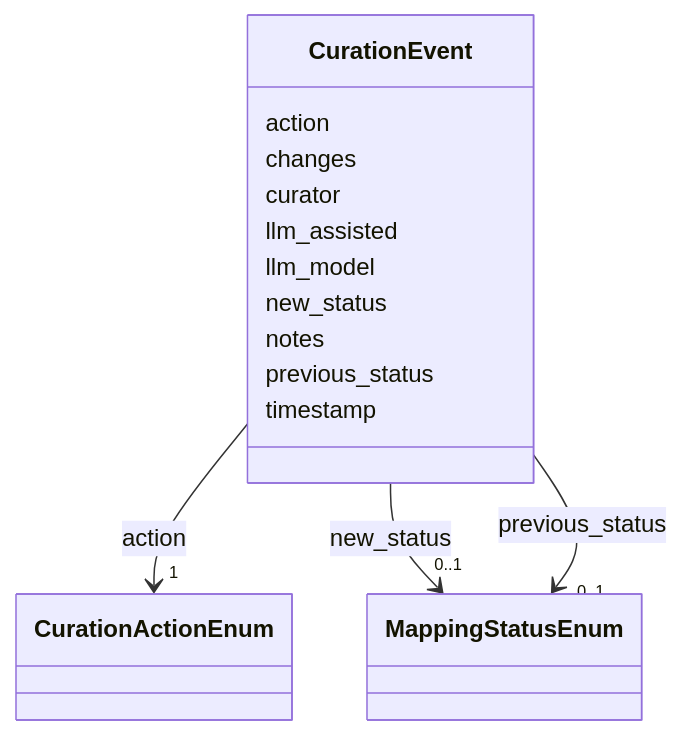
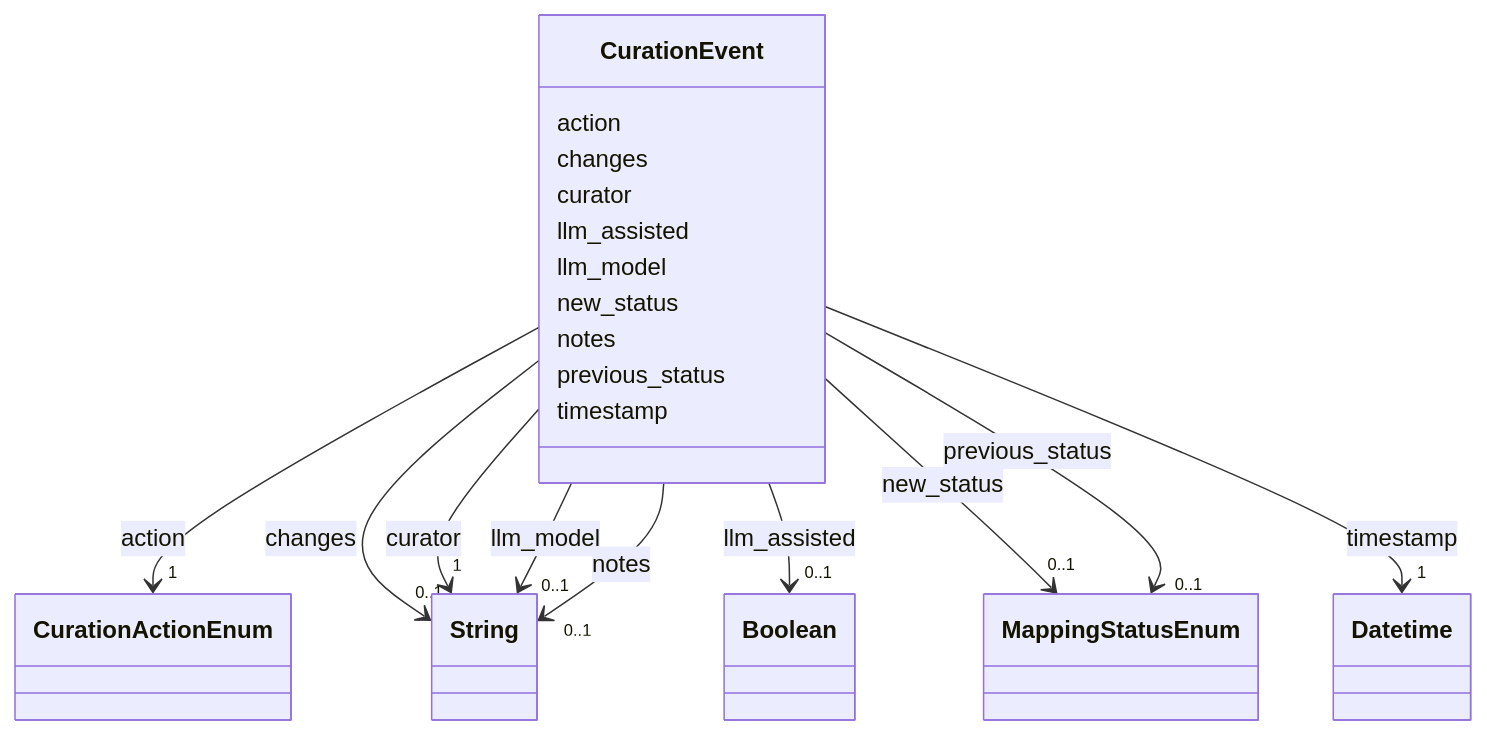
One commit to CultureBotAI/MediaIngredientMech changed the diagram in docs/CurationEvent.md. Above: the diagram before and after it, drawn with Mermaid. The commit also changed other lines of this file and 87 other files, not shown here.

````diff
--- a/docs/CurationEvent.md
+++ b/docs/CurationEvent.md
@@ -32,11 +32,47 @@
         
       CurationEvent : changes
         
+          
+    
+        
+        
+        CurationEvent --> "0..1" String : changes
+        click String href "../http://www.w3.org/2001/XMLSchema#string/"
+    
+
+        
       CurationEvent : curator
+        
+          
+    
+        
+        
+        CurationEvent --> "1" String : curator
+        click String href "../http://www.w3.org/2001/XMLSchema#string/"
+    
+
         
       CurationEvent : llm_assisted
         
+          
+    
+        
+        
+        CurationEvent --> "0..1" Boolean : llm_assisted
+        click Boolean href "../http://www.w3.org/2001/XMLSchema#boolean/"
+    
+
+        
       CurationEvent : llm_model
+        
+          
+    
+        
+        
+        CurationEvent --> "0..1" String : llm_model
+        click String href "../http://www.w3.org/2001/XMLSchema#string/"
+    
+
         
       CurationEvent : new_status
         
@@ -51,6 +87,15 @@
         
       CurationEvent : notes
         
+          
+    
+        
+        
+        CurationEvent --> "0..1" String : notes
+        click String href "../http://www.w3.org/2001/XMLSchema#string/"
+    
+
+        
       CurationEvent : previous_status
         
           
@@ -64,5 +109,14 @@
         
       CurationEvent : timestamp
         
+          
+    
+        
+        
+        CurationEvent --> "1" Datetime : timestamp
+        click Datetime href "../http://www.w3.org/2001/XMLSchema#dateTime/"
+    
+
+        
       
 ```
````
